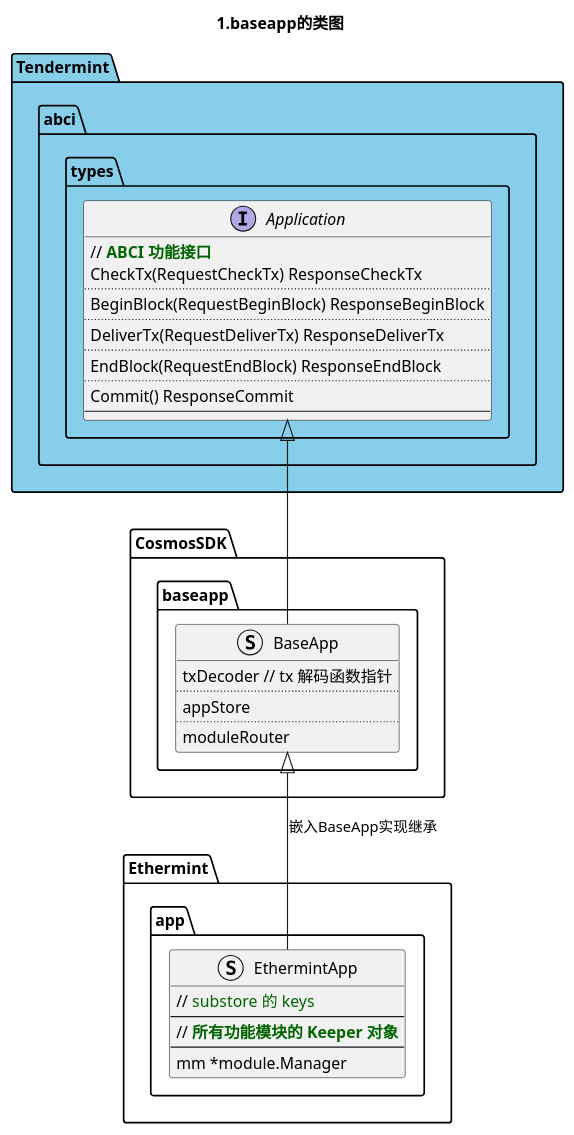
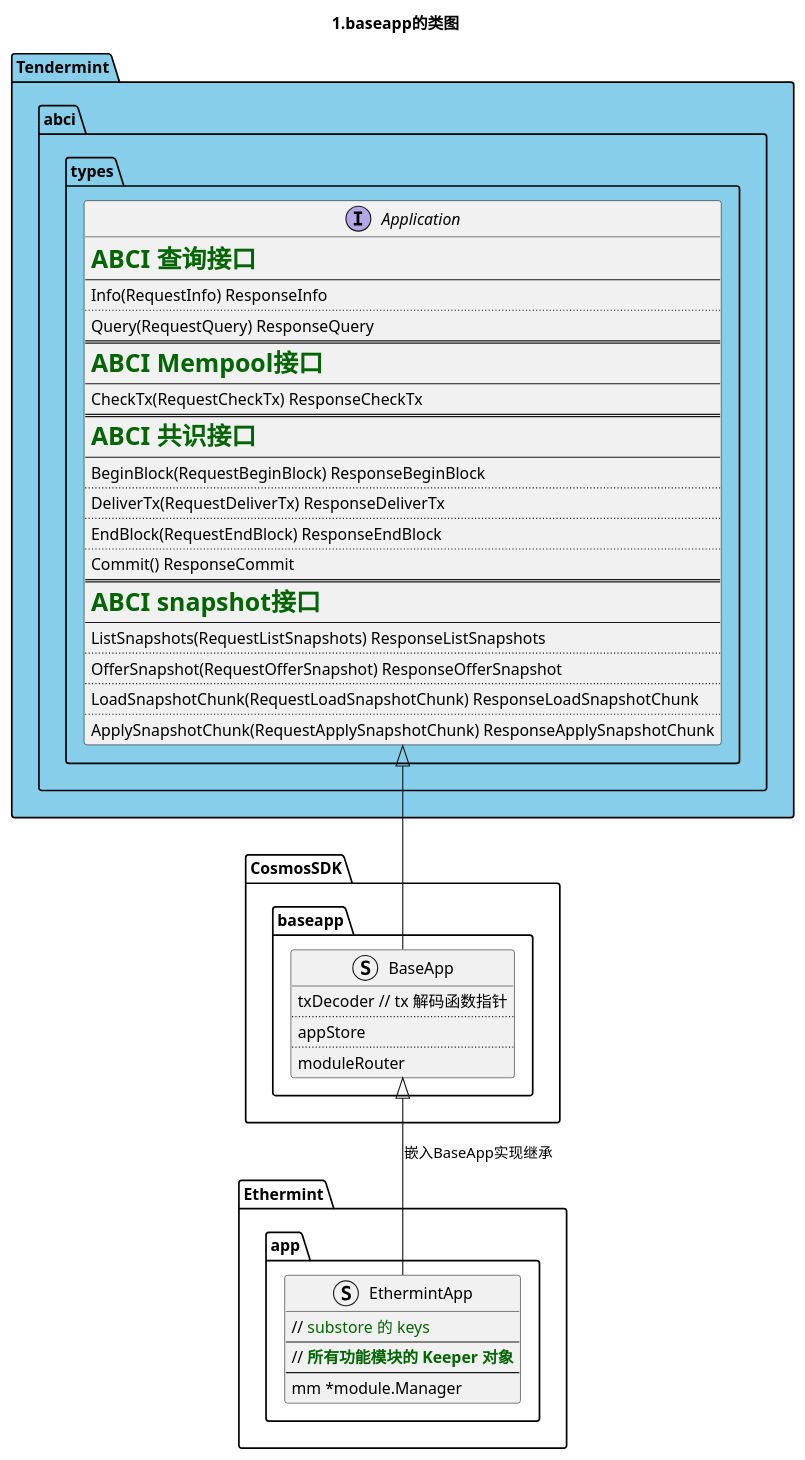
One commit to wanggeng01041454/EthermintStudyNote changed the diagram in plantumls/101.baseapp.puml. Above: the diagram before and after it, drawn with PlantUML. The commit also changed 9 other files, not shown here.

```diff
--- a/plantumls/101.baseapp.puml
+++ b/plantumls/101.baseapp.puml
@@ -1,50 +1,68 @@
 @startuml 1.baseapp的类图
     title 1.baseapp的类图
 
     namespace Tendermint #SkyBlue {
         namespace abci.types {
             interface Application {
-                //<b><color:DarkGreen> ABCI 功能接口
+                =<color:DarkGreen>ABCI 查询接口
+                ----
+                Info(RequestInfo) ResponseInfo
+                ....
+                Query(RequestQuery) ResponseQuery
+                ====
+                =<color:DarkGreen>ABCI Mempool接口
+                ----
                 CheckTx(RequestCheckTx) ResponseCheckTx
-                ....
+                ====
+                =<color:DarkGreen>ABCI 共识接口
+                ----
                 BeginBlock(RequestBeginBlock) ResponseBeginBlock
                 ....
                 DeliverTx(RequestDeliverTx) ResponseDeliverTx
                 ....
                 EndBlock(RequestEndBlock) ResponseEndBlock
                 ....
                 Commit() ResponseCommit
+                ====
+                =<color:DarkGreen>ABCI snapshot接口
                 ----
+                ListSnapshots(RequestListSnapshots) ResponseListSnapshots
+                ....
+                OfferSnapshot(RequestOfferSnapshot) ResponseOfferSnapshot
+                ....
+                LoadSnapshotChunk(RequestLoadSnapshotChunk) ResponseLoadSnapshotChunk
+                ....
+                ApplySnapshotChunk(RequestApplySnapshotChunk) ResponseApplySnapshotChunk
             }
         }
     }
 
     namespace CosmosSDK {
         namespace baseapp {
             struct BaseApp {
                 txDecoder // tx 解码函数指针
                 ....
                 appStore
                 ....
                 moduleRouter
             }
 
             Tendermint.abci.types.Application <|-- BaseApp
         }
     }
 
     namespace Ethermint {
         namespace app {
             struct EthermintApp {
                 //<color:DarkGreen> substore 的 keys
                 ----
                 //<b><color:DarkGreen> 所有功能模块的 Keeper 对象
                 ----
                 mm *module.Manager
             }
 
             CosmosSDK.baseapp.BaseApp <|-- EthermintApp : 嵌入BaseApp实现继承
         }
     }
 
 @enduml
```
